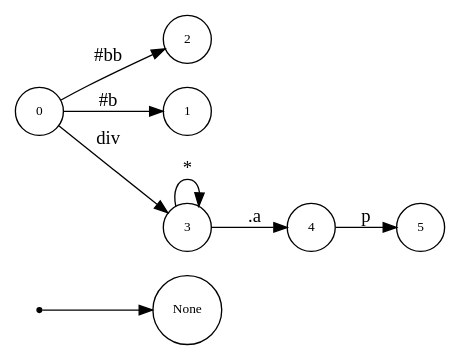
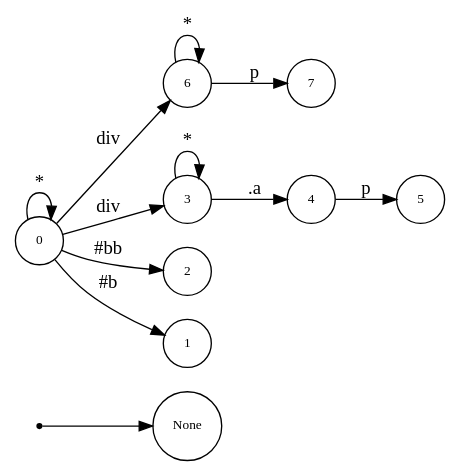
One commit to asukaminato0721/css-bitvector-compiler changed the diagram in css-gen-op/testcase/dot.dot. Above: the diagram before and after it, drawn with Graphviz. The commit also changed 33 other files, not shown here.

```diff
--- a/css-gen-op/testcase/dot.dot
+++ b/css-gen-op/testcase/dot.dot
@@ -1,19 +1,25 @@
 digraph NFA {
   rankdir=LR;
   node [shape=circle, fontsize=10];
   __start [shape=point, label=""];
   __start -> None;
+  0 [label="0"];
+  6 [label="6"];
+  7 [label="7"];
   4 [label="4"];
+  3 [label="3"];
+  2 [label="2"];
   5 [label="5"];
-  2 [label="2"];
   1 [label="1"];
-  0 [label="0"];
-  3 [label="3"];
-  { node [shape=doublecircle]; 1 2 5 }
+  { node [shape=doublecircle]; 1 2 5 7 }
+  0 -> 0 [label="*"];
   0 -> 1 [label="#b"];
   0 -> 2 [label="#bb"];
   0 -> 3 [label="div"];
   3 -> 3 [label="*"];
   3 -> 4 [label=".a"];
   4 -> 5 [label="p"];
+  0 -> 6 [label="div"];
+  6 -> 6 [label="*"];
+  6 -> 7 [label="p"];
 }
```
